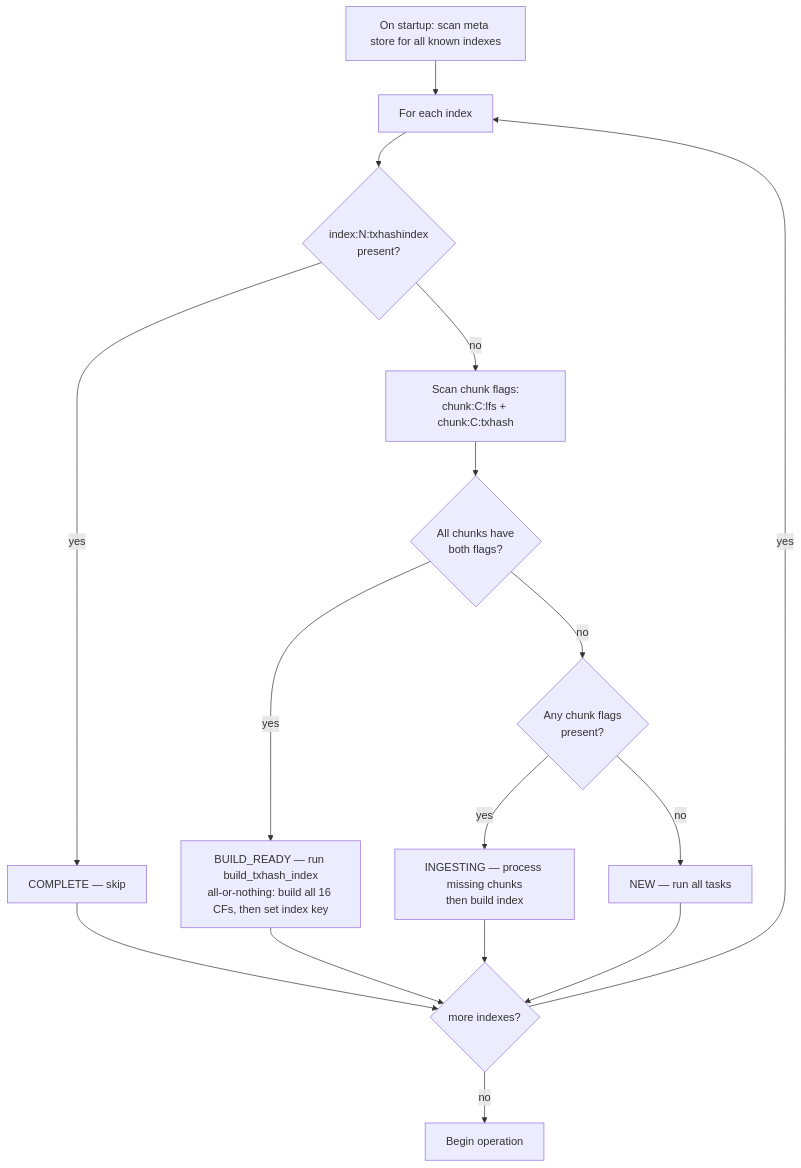
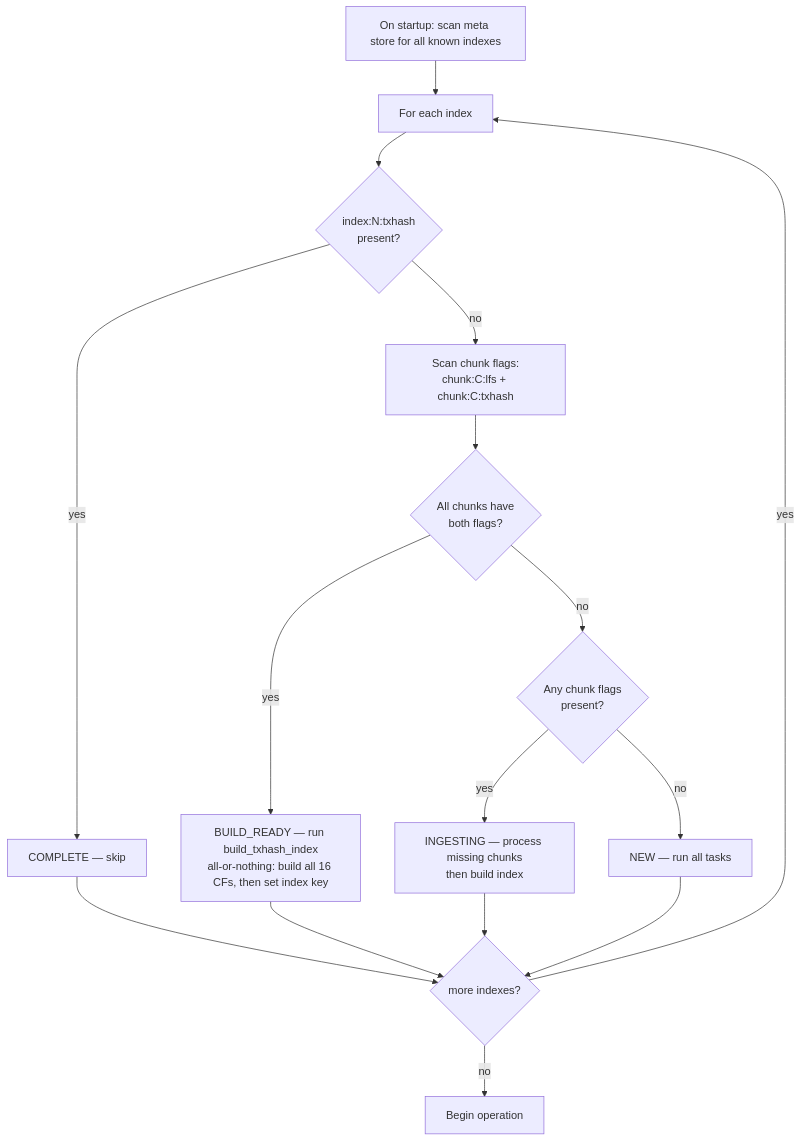
One commit to stellar/stellar-rpc changed the second of 2 diagrams in full-history/design-docs/07-crash-recovery.md. Above: the diagram before and after it, drawn with Mermaid. The commit also changed other lines of this file and 34 other files, not shown here.

Commit message:
refactor: align with PR #617 review — index:%010d:txhash key, chunks_per_txhash_index config

````diff
--- a/full-history/design-docs/07-crash-recovery.md
+++ b/full-history/design-docs/07-crash-recovery.md
@@ -242,18 +242,18 @@
 ```mermaid
 flowchart TD
     START["On startup: scan meta store for all known indexes"] --> FOREACH["For each index"]
-    FOREACH --> IDX{"index:N:txhashindex<br/>present?"}
+    FOREACH --> IDX{"index:N:txhash<br/>present?"}
     IDX -->|yes| COMPLETE["COMPLETE — skip"]
     IDX -->|no| CHUNKSCAN["Scan chunk flags:<br/>chunk:C:lfs + chunk:C:txhash"]
     CHUNKSCAN --> ALL_DONE{"All chunks have<br/>both flags?"}
     ALL_DONE -->|yes| BUILD_READY["BUILD_READY — run build_txhash_index<br/>all-or-nothing: build all 16 CFs, then set index key"]
     ALL_DONE -->|no| SOME{"Any chunk flags<br/>present?"}
     SOME -->|yes| INGESTING["INGESTING — process missing chunks<br/>then build index"]
     SOME -->|no| NEW["NEW — run all tasks"]
     COMPLETE --> NEXT{more indexes?}
     BUILD_READY --> NEXT
     INGESTING --> NEXT
     NEW --> NEXT
     NEXT -->|yes| FOREACH
     NEXT -->|no| OPERATE["Begin operation"]
 ```
````
